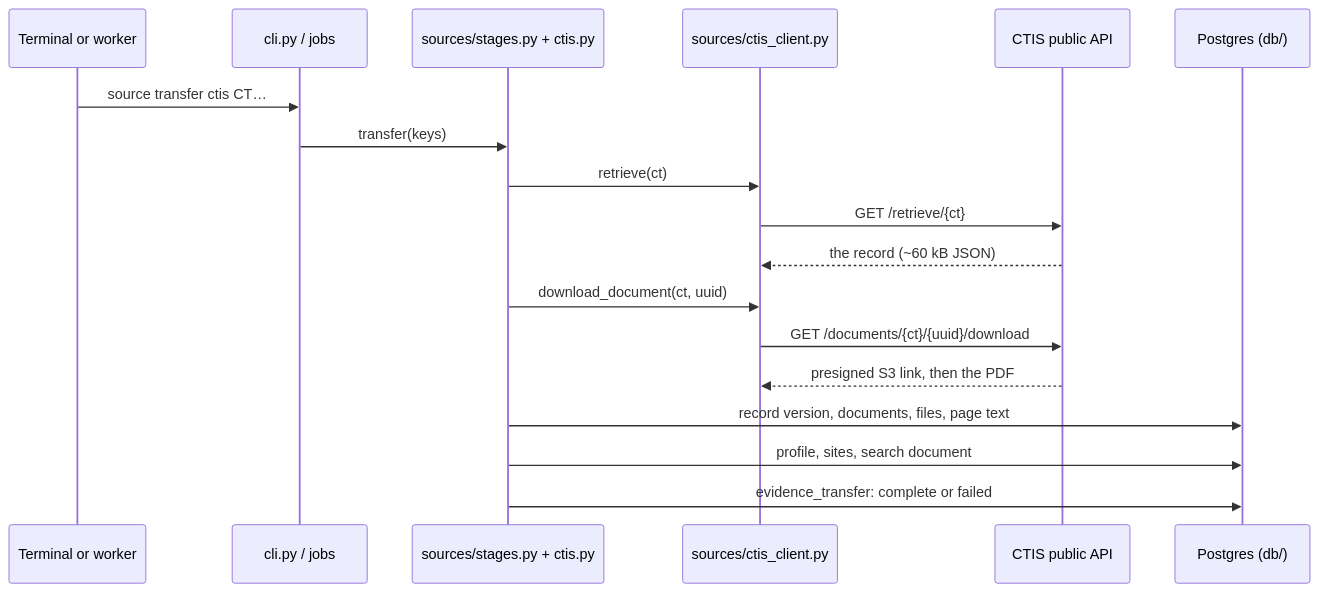
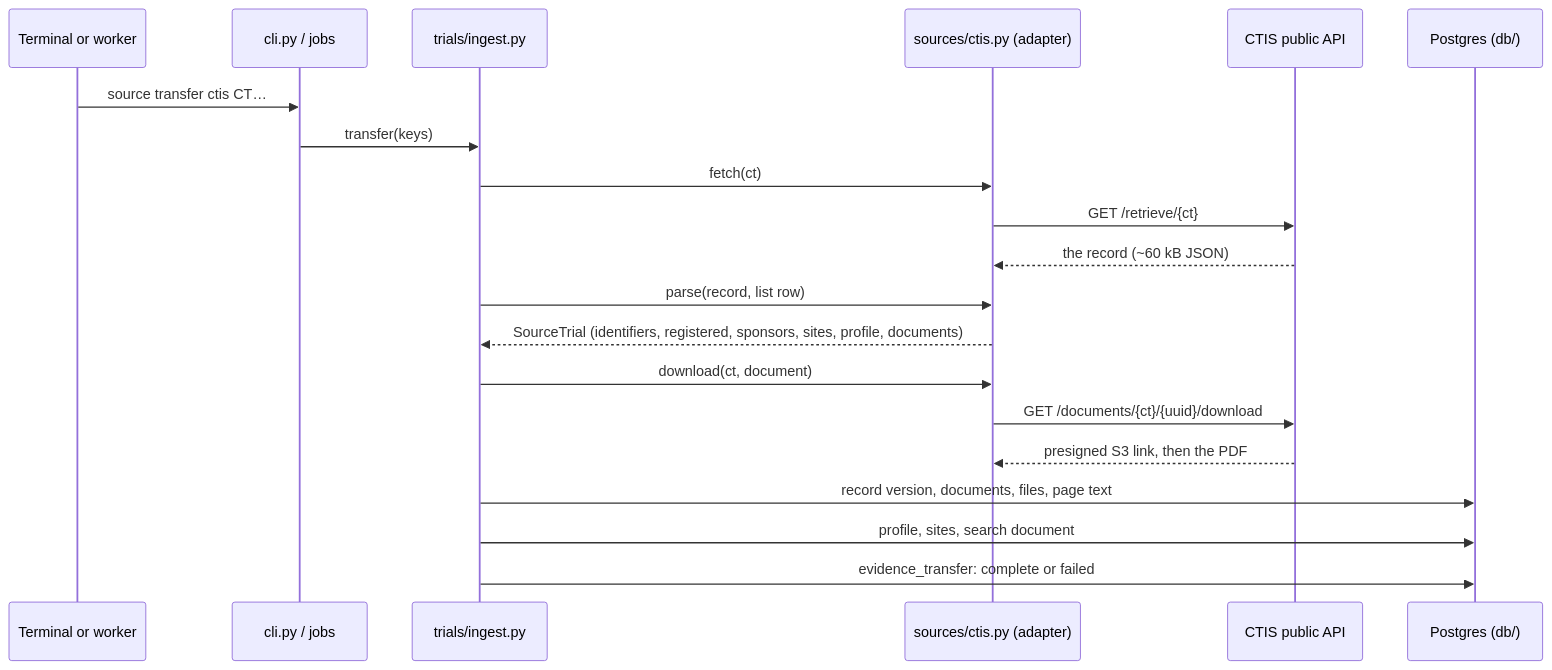
Before and after one commit to shmarlya/trialwatch: the first of 2 diagrams in docs/sources-and-gold.md, drawn with Mermaid. The commit also changed other lines of this file and 30 other files, not shown here.

First line of the commit message:
refactor: phase 4a, pure source adapters and one generic ingest

````diff
--- a/docs/sources-and-gold.md
+++ b/docs/sources-and-gold.md
@@ -52,20 +59,22 @@
 ```mermaid
 sequenceDiagram
     participant you as Terminal or worker
     participant cli as cli.py / jobs
-    participant stages as sources/stages.py + ctis.py
-    participant client as sources/ctis_client.py
+    participant ingest as trials/ingest.py
+    participant adapter as sources/ctis.py (adapter)
     participant ctis as CTIS public API
     participant db as Postgres (db/)
     you->>cli: source transfer ctis CT…
-    cli->>stages: transfer(keys)
-    stages->>client: retrieve(ct)
-    client->>ctis: GET /retrieve/{ct}
-    ctis-->>client: the record (~60 kB JSON)
-    stages->>client: download_document(ct, uuid)
-    client->>ctis: GET /documents/{ct}/{uuid}/download
-    ctis-->>client: presigned S3 link, then the PDF
-    stages->>db: record version, documents, files, page text
-    stages->>db: profile, sites, search document
-    stages->>db: evidence_transfer: complete or failed
+    cli->>ingest: transfer(keys)
+    ingest->>adapter: fetch(ct)
+    adapter->>ctis: GET /retrieve/{ct}
+    ctis-->>adapter: the record (~60 kB JSON)
+    ingest->>adapter: parse(record, list row)
+    adapter-->>ingest: SourceTrial (identifiers, registered, sponsors, sites, profile, documents)
+    ingest->>adapter: download(ct, document)
+    adapter->>ctis: GET /documents/{ct}/{uuid}/download
+    ctis-->>adapter: presigned S3 link, then the PDF
+    ingest->>db: record version, documents, files, page text
+    ingest->>db: profile, sites, search document
+    ingest->>db: evidence_transfer: complete or failed
 ```
````
